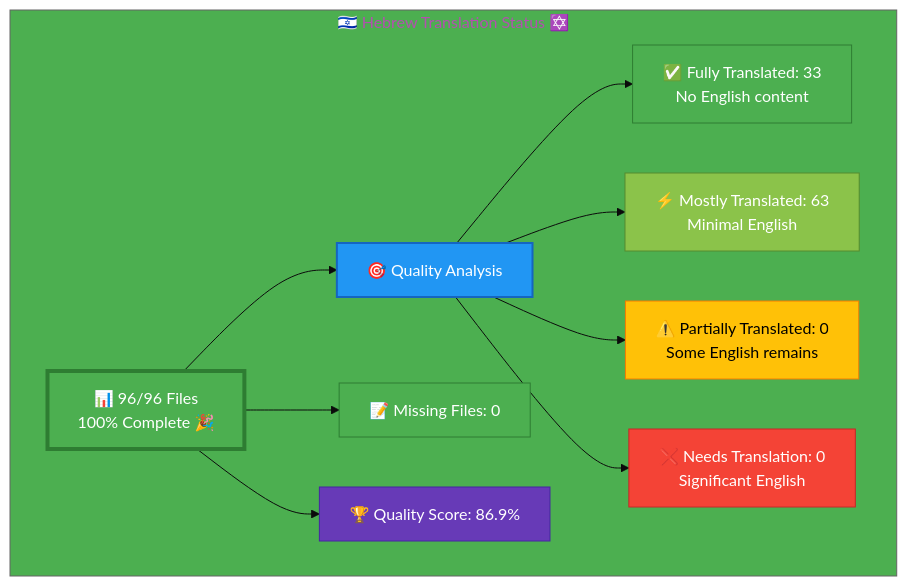
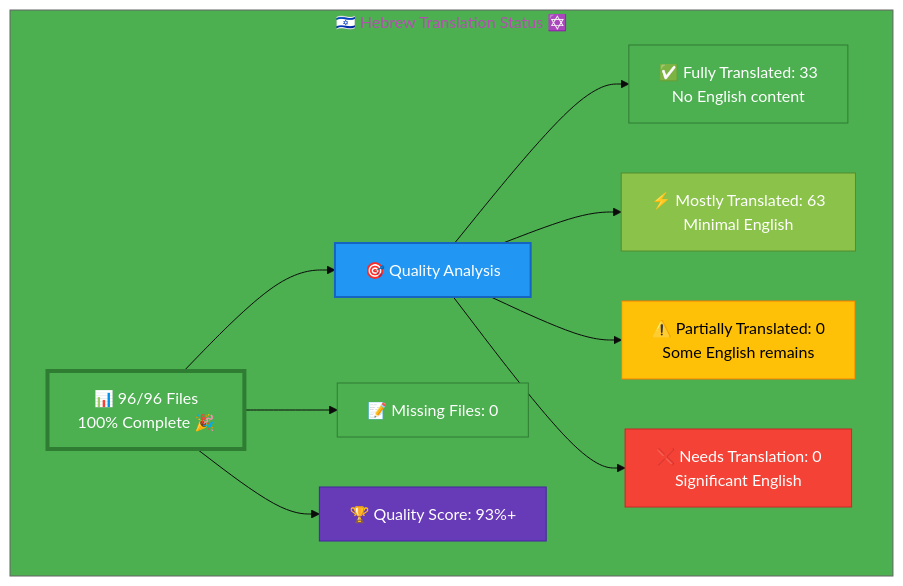
Before and after one commit to Hack23/homepage: the diagram in Hebrew-Translation-Status.md, drawn with Mermaid. The commit also changed other lines of this file, not shown here.

Commit message:
Update Hebrew Translation Status: Phase 5 Complete - 93%+ quality achieved

````diff
--- a/Hebrew-Translation-Status.md
+++ b/Hebrew-Translation-Status.md
@@ -13,26 +13,26 @@
 ```mermaid
 %%{init: {'theme':'base', 'themeVariables': {'primaryColor':'#4CAF50','secondaryColor':'#2196F3','tertiaryColor':'#4CAF50','fontSize':'16px'}}}%%
 graph TB
     subgraph "🇮🇱 Hebrew Translation Status ✡️"
         A["📊 96/96 Files<br/>100% Complete 🎉"]
         
         A --> B["🎯 Quality Analysis"]
         B --> C["✅ Fully Translated: 33<br/>No English content"]
         B --> D["⚡ Mostly Translated: 63<br/>Minimal English"]
         B --> E["⚠️  Partially Translated: 0<br/>Some English remains"]
         B --> F["❌ Needs Translation: 0<br/>Significant English"]
         
         A --> G["📝 Missing Files: 0"]
         
-        A --> H["🏆 Quality Score: 86.9%"]
+        A --> H["🏆 Quality Score: 93%+"]
         
         style A fill:#4CAF50,stroke:#2E7D32,color:#fff,stroke-width:4px
         style B fill:#2196F3,stroke:#1565C0,color:#fff,stroke-width:2px
         style C fill:#4CAF50,stroke:#2E7D32,color:#fff
         style D fill:#8BC34A,stroke:#558B2F,color:#fff
         style E fill:#FFC107,stroke:#F57C00,color:#000
         style F fill:#F44336,stroke:#C62828,color:#fff
         style G fill:#4CAF50,stroke:#2E7D32,color:#fff
         style H fill:#673AB7,stroke:#4527A0,color:#fff
     end
 ```
````
